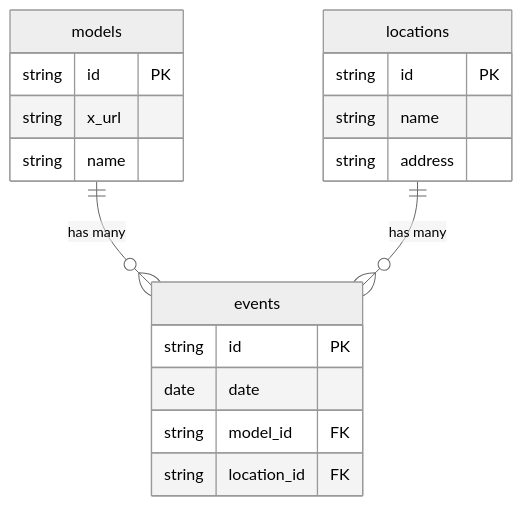
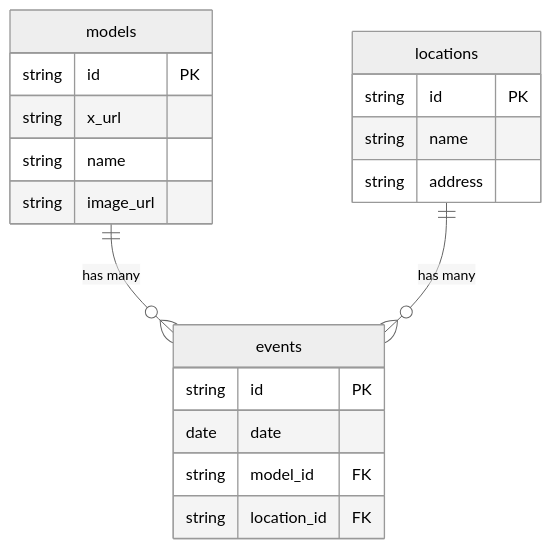
Before and after one commit to Eiji-Kudo/bijo-zukan: the diagram in docs/model-date-er.md, drawn with Mermaid (neutral theme).

Commit message:
Update model-date-er.md to include 'image_url' attribute in the entity definition

````diff
--- a/docs/model-date-er.md
+++ b/docs/model-date-er.md
@@ -1,25 +1,26 @@
 ```mermaid
 erDiagram
     models ||--o{ events : "has many"
     
     models {
         string id PK
         string x_url
         string name
+        string image_url
     }
     
     events {
         string id PK
         date date
         string model_id FK
         string location_id FK
     }
     
     locations ||--o{ events : "has many"
     
     locations {
         string id PK
         string name
         string address
     }
 ```
````
